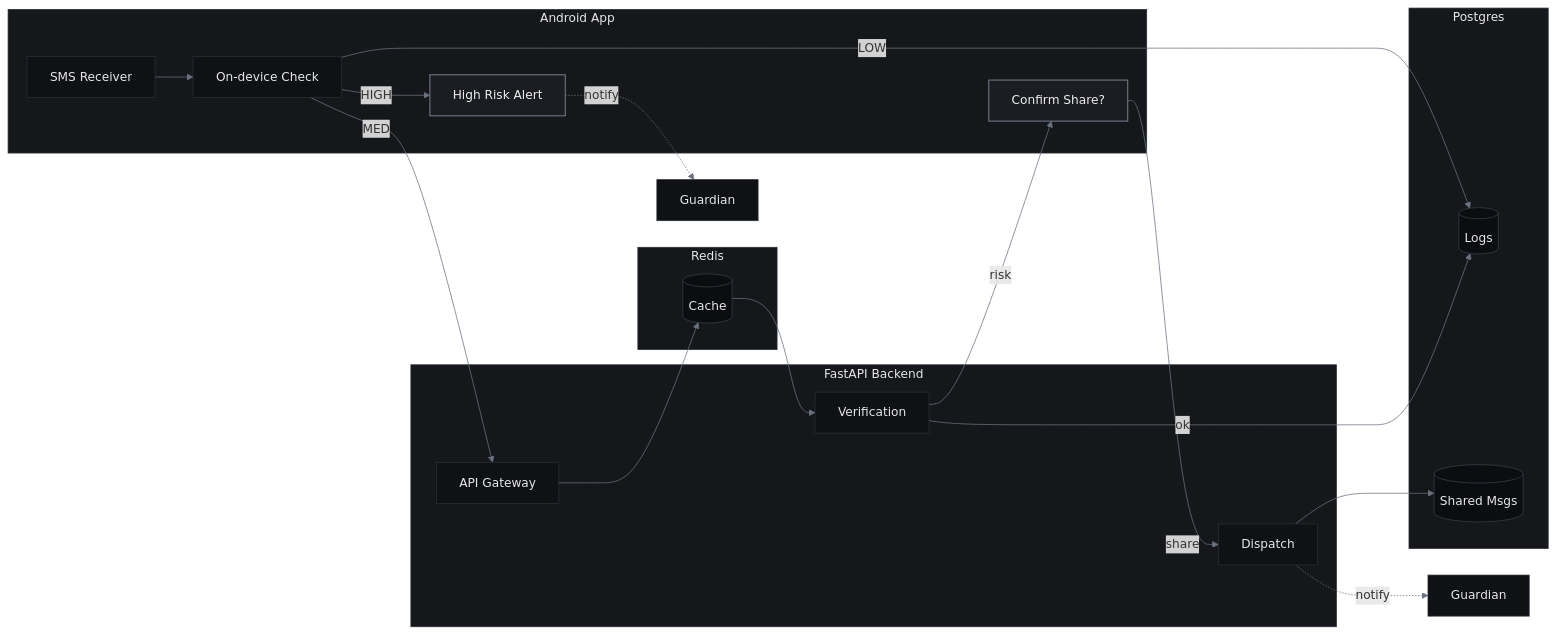
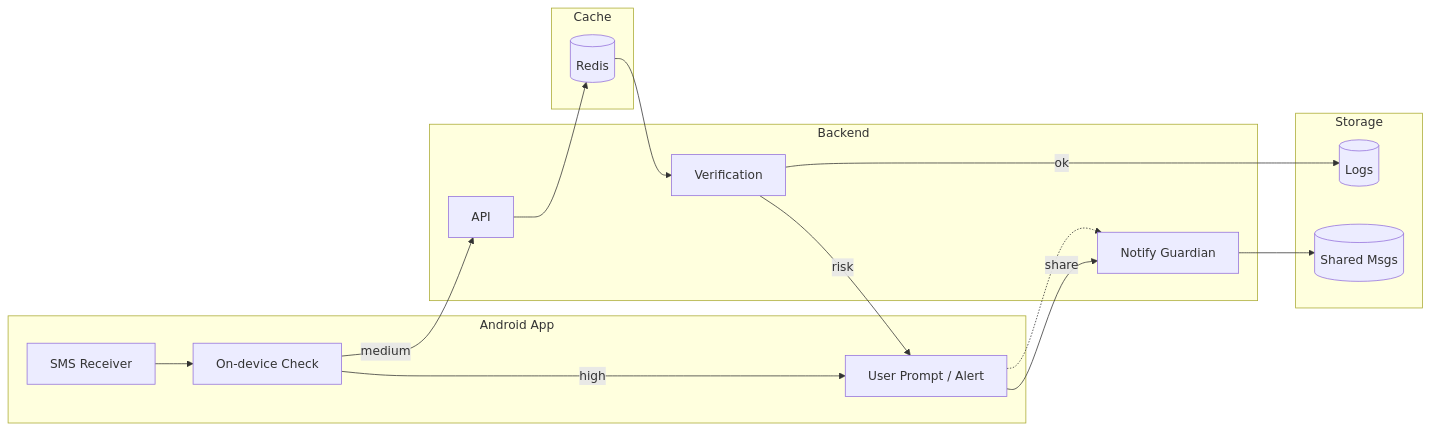
The diagram in README2.md (GA-Safety/Guardian-Agent), drawn with Mermaid before and after one commit.

````diff
--- a/README2.md
+++ b/README2.md
@@ -56,56 +56,35 @@
 ```mermaid
 graph LR
-  %% --- Columns (left -> right) ---
   subgraph FE["Android App"]
     SMS["SMS Receiver"]
     Local["On-device Check"]
-    Hi["High Risk Alert"]
-    Med["Confirm Share?"]
+    UI["User Prompt / Alert"]
   end
 
-  subgraph BE["FastAPI Backend"]
-    API["API Gateway"]
+  subgraph BE["Backend"]
+    API["API"]
     Verify["Verification"]
-    Dispatch["Dispatch"]
+    Notify["Notify Guardian"]
   end
 
-  subgraph C["Redis"]
-    R[(Cache)]
+  subgraph C["Cache"]
+    R[(Redis)]
   end
 
-  subgraph D["Postgres"]
+  subgraph D["Storage"]
     Logs[(Logs)]
     Shared[(Shared Msgs)]
   end
 
-  %% --- Flow ---
   SMS --> Local
+  Local -->|"high"| UI
+  UI -.-> Notify
 
-  Local -->|"HIGH"| Hi
-  Hi -.->|"notify"| G1["Guardian"]
-
-  Local -->|"MED"| API
-  Local -->|"LOW"| Logs
-
-  API --> R
-  R --> Verify
-  Verify -->|"risk"| Med
+  Local -->|"medium"| API
+  API --> R --> Verify
+  Verify -->|"risk"| UI
   Verify -->|"ok"| Logs
 
-  Med -->|"share"| Dispatch
-  Dispatch -.->|"notify"| G2["Guardian"]
-  Dispatch --> Shared
-
-  %% --- Dark minimal styling ---
-  classDef panel fill:#15171A,stroke:#2A2F36,color:#E6E6E6,stroke-width:1px;
-  classDef node  fill:#0F1115,stroke:#2A2F36,color:#E6E6E6,stroke-width:1px;
-  classDef store fill:#0B0D10,stroke:#3A404A,color:#E6E6E6,stroke-width:1px;
-  classDef warn  fill:#1B1D22,stroke:#6B7280,color:#EDEDED,stroke-width:1.5px;
-
-  class FE,BE,C,D panel;
-  class SMS,Local,API,Verify,Dispatch,G1,G2 node;
-  class Logs,Shared,R store;
-  class Hi,Med warn;
-
-  linkStyle default stroke:#6B7280,stroke-width:1px;
+  UI -->|"share"| Notify
+  Notify --> Shared
 ```
````
